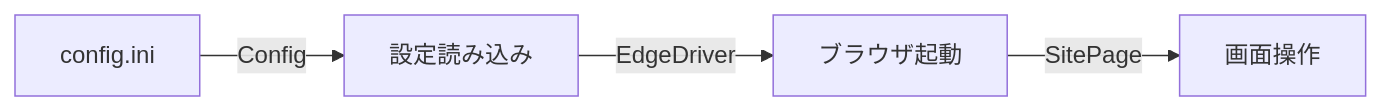
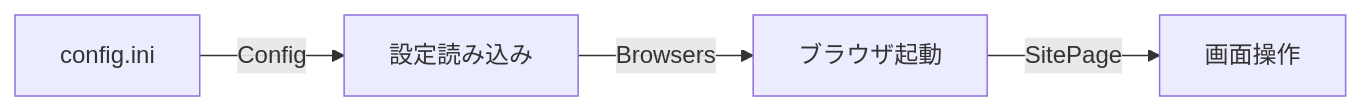
One commit to tenniscorecom/comken changed the fourth of 4 diagrams in README.md. Above: the diagram before and after it, drawn with Mermaid. The commit also changed other lines of this file and 5 other files, not shown here.

````diff
--- a/README.md
+++ b/README.md
@@ -477,6 +497,6 @@
 ```mermaid
 flowchart LR
     A["config.ini"] -->|Config| B["設定読み込み"]
-    B -->|EdgeDriver| C["ブラウザ起動"]
+    B -->|Browsers| C["ブラウザ起動"]
     C -->|SitePage| D["画面操作"]
 ```
````
